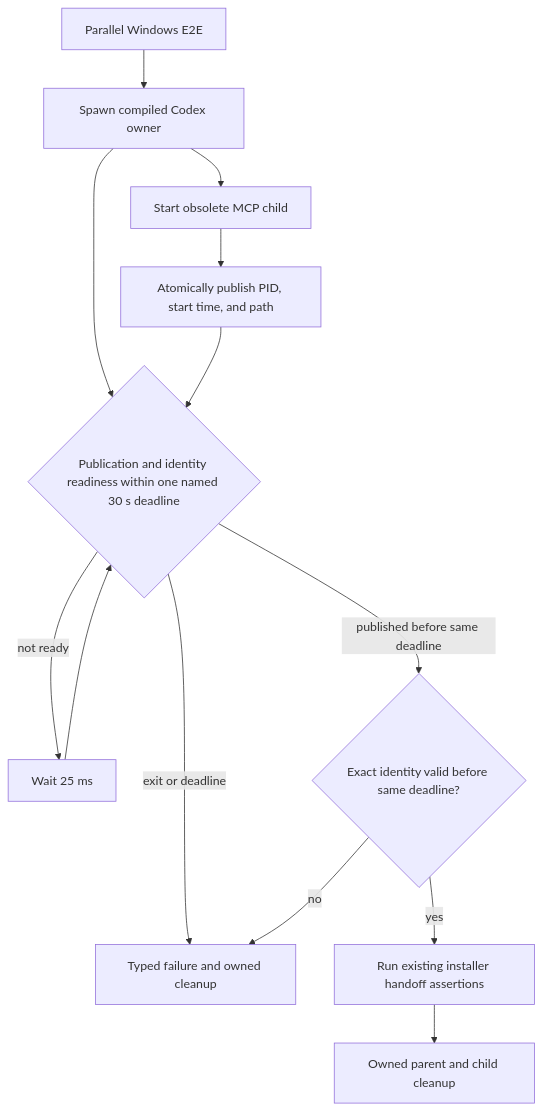
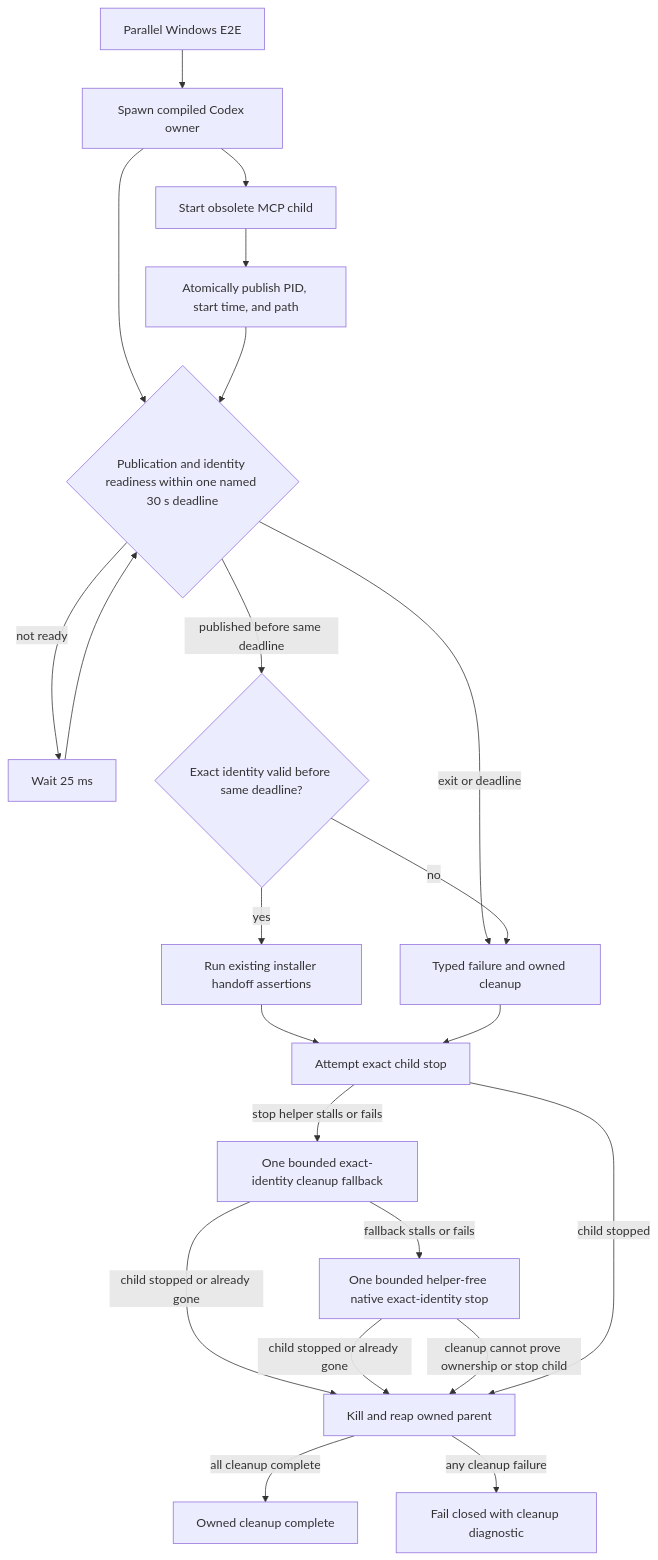
Diagram 23 of 28 in docs/v050-release-architecture.md (styler-ai/ProjectAtlas), drawn with Mermaid before and after one commit. The commit also changed 5 other files, not shown here.

````diff
--- a/docs/v050-release-architecture.md
+++ b/docs/v050-release-architecture.md
@@ -371,15 +371,24 @@
 ```mermaid
 flowchart TB
     suite[Parallel Windows E2E] --> owner[Spawn compiled Codex owner]
     owner --> child[Start obsolete MCP child]
     child --> publish[Atomically publish PID, start time, and path]
     owner --> poll{Publication and identity readiness within one named 30 s deadline}
     publish --> poll
     poll -->|exit or deadline| fail[Typed failure and owned cleanup]
     poll -->|not ready| pause[Wait 25 ms]
     pause --> poll
     poll -->|published before same deadline| validate{Exact identity valid before same deadline?}
     validate -->|no| fail
     validate -->|yes| installer[Run existing installer handoff assertions]
-    installer --> cleanup[Owned parent and child cleanup]
+    installer --> cleanup[Attempt exact child stop]
+    fail --> cleanup
+    cleanup -->|stop helper stalls or fails| fallback[One bounded exact-identity cleanup fallback]
+    fallback -->|child stopped or already gone| reap[Kill and reap owned parent]
+    fallback -->|fallback stalls or fails| final[One bounded helper-free native exact-identity stop]
+    final -->|child stopped or already gone| reap
+    final -->|cleanup cannot prove ownership or stop child| reap
+    reap -->|all cleanup complete| done[Owned cleanup complete]
+    reap -->|any cleanup failure| diagnostic[Fail closed with cleanup diagnostic]
+    cleanup -->|child stopped| reap
 ```
````
